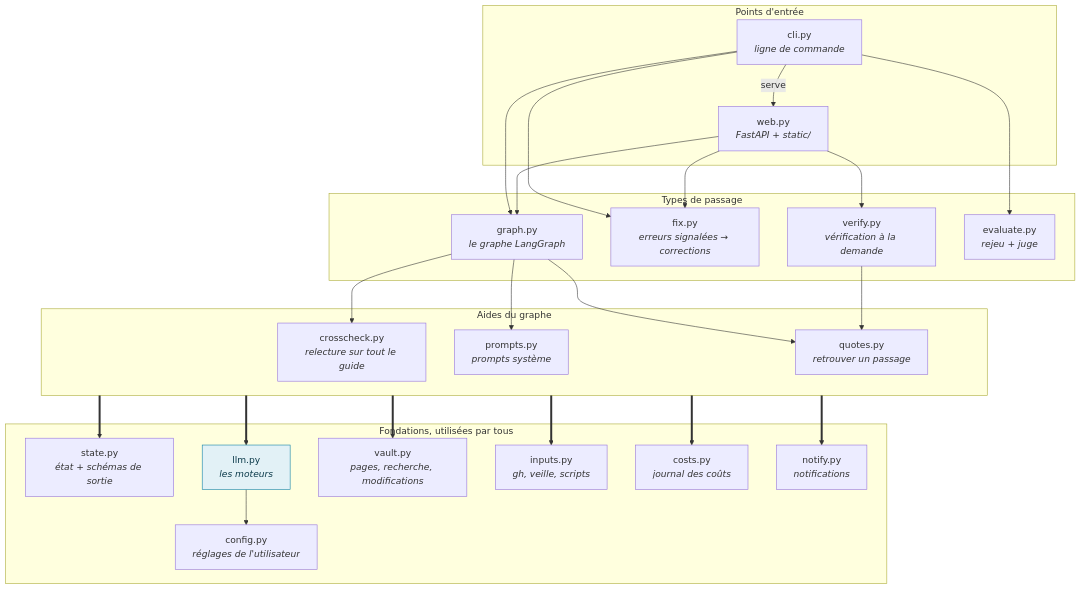
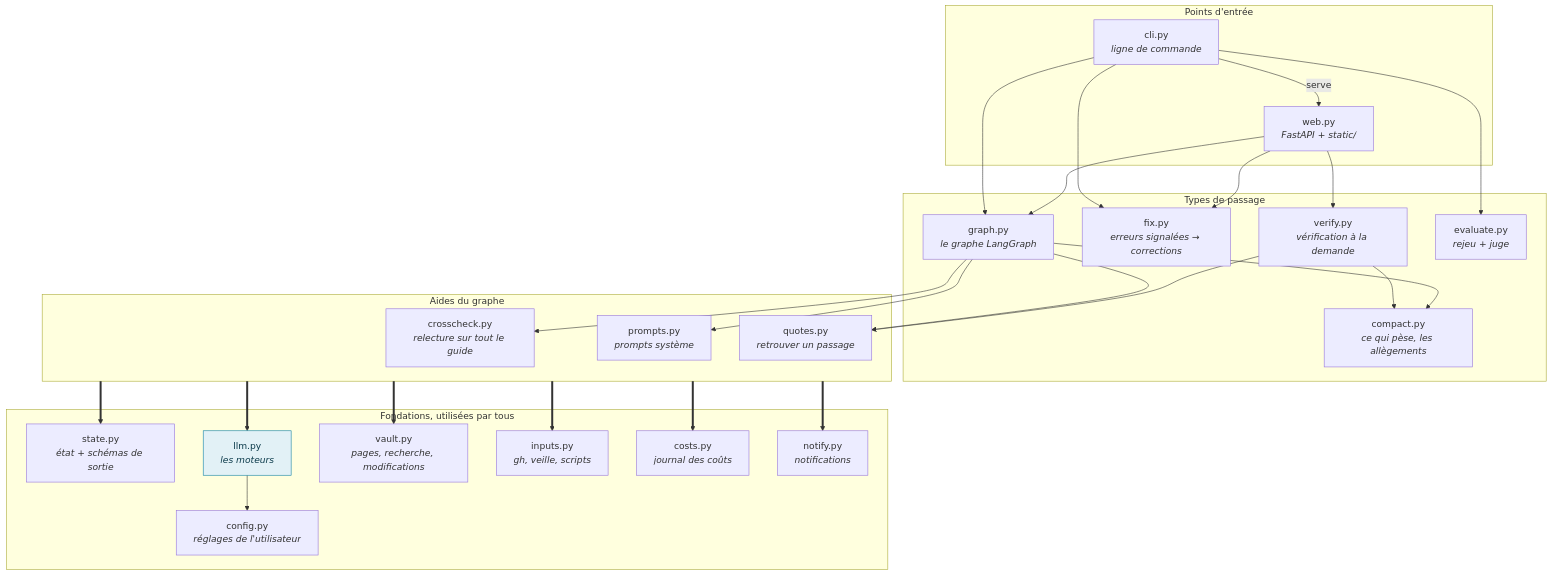
The first of 6 diagrams in docs/code.fr.md (DamienBecherini/vault-watch-agent), drawn with Mermaid before and after one commit. The commit also changed other lines of this file and 26 other files, not shown here.

````diff
--- a/docs/code.fr.md
+++ b/docs/code.fr.md
@@ -19,36 +19,38 @@
 ```mermaid
 flowchart TB
   subgraph entry["Points d'entrée"]
     cli["cli.py<br/><i>ligne de commande</i>"]
     web["web.py<br/><i>FastAPI + static/</i>"]
   end
   subgraph runs["Types de passage"]
     graphpy["graph.py<br/><i>le graphe LangGraph</i>"]
     fix["fix.py<br/><i>erreurs signalées → corrections</i>"]
     verify["verify.py<br/><i>vérification à la demande</i>"]
+    compact["compact.py<br/><i>ce qui pèse, les allègements</i>"]
     evaluate["evaluate.py<br/><i>rejeu + juge</i>"]
   end
   subgraph steps["Aides du graphe"]
     crosscheck["crosscheck.py<br/><i>relecture sur tout le guide</i>"]
     prompts["prompts.py<br/><i>prompts système</i>"]
     quotes["quotes.py<br/><i>retrouver un passage</i>"]
   end
   subgraph base["Fondations, utilisées par tous"]
     state["state.py<br/><i>état + schémas de sortie</i>"]
     llm["llm.py<br/><i>les moteurs</i>"]
     config["config.py<br/><i>réglages de l'utilisateur</i>"]
     vault["vault.py<br/><i>pages, recherche, modifications</i>"]
     inputs["inputs.py<br/><i>gh, veille, scripts</i>"]
     costs["costs.py<br/><i>journal des coûts</i>"]
     notify["notify.py<br/><i>notifications</i>"]
   end
   cli -->|"serve"| web
   cli --> graphpy & fix & evaluate
   web --> graphpy & fix & verify
   graphpy --> crosscheck & prompts & quotes
-  verify --> quotes
+  verify --> quotes & compact
+  graphpy --> compact
   steps ==> state & llm & vault & inputs & costs & notify
   llm --> config
   classDef model fill:#e2f1f6,stroke:#0a7ea4,color:#0b3a4a
   class llm model
 ```
````
